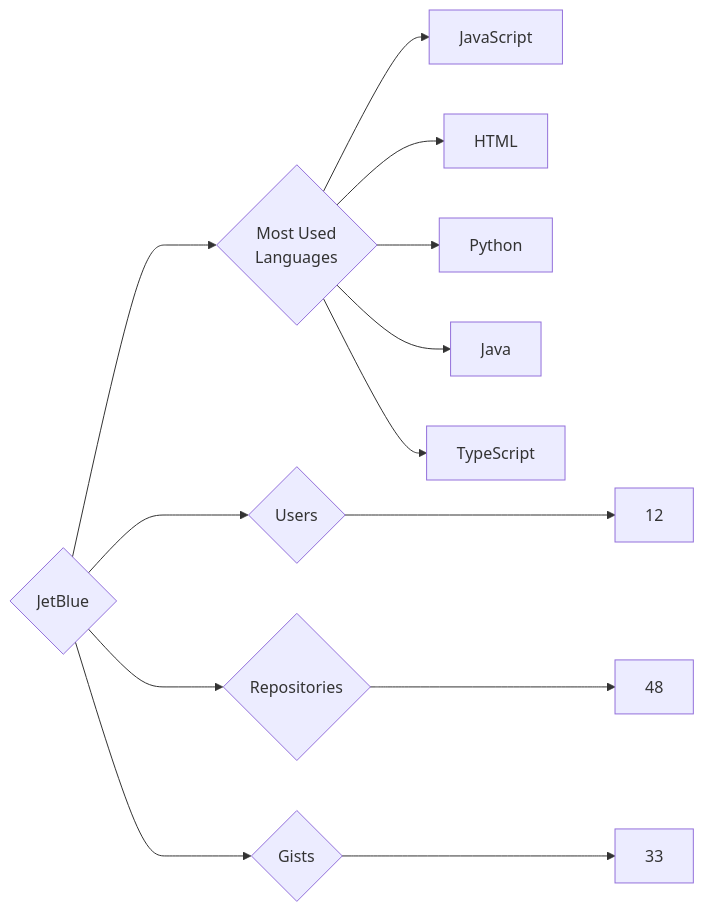
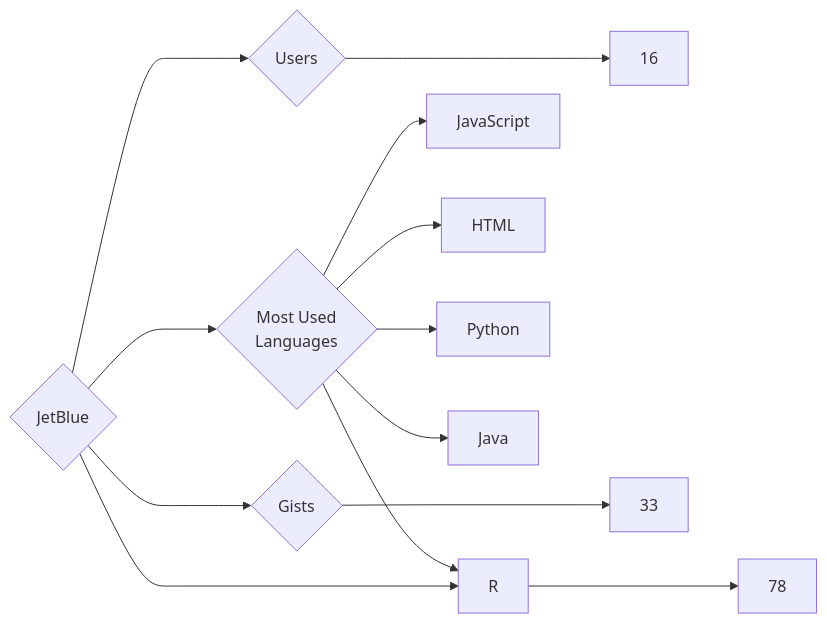
The diagram in targets/JetBlue/README.md (trickest/insiders), drawn with Mermaid before and after one commit. The commit also changed 860 other files, not shown here.

````diff
--- a/targets/JetBlue/README.md
+++ b/targets/JetBlue/README.md
@@ -3,13 +3,13 @@
 ```mermaid
 graph LR
 COMPANY_NAME{JetBlue}
-COMPANY_NAME ---> U{Users} ---> UN[12]
-COMPANY_NAME ---> R{Repositories} ---> RN[48]
+COMPANY_NAME ---> U{Users} ---> UN[16]
+COMPANY_NAME ---> R{Repositories} ---> RN[78]
 COMPANY_NAME ---> G{Gists} ---> GN[33]
 COMPANY_NAME ---> ML{Most Used<br>Languages}
 ML --> JavaScript[JavaScript]
 ML --> HTML[HTML]
 ML --> Python[Python]
 ML --> Java[Java]
-ML --> TypeScript[TypeScript]
+ML --> R[R]
 ```
````
